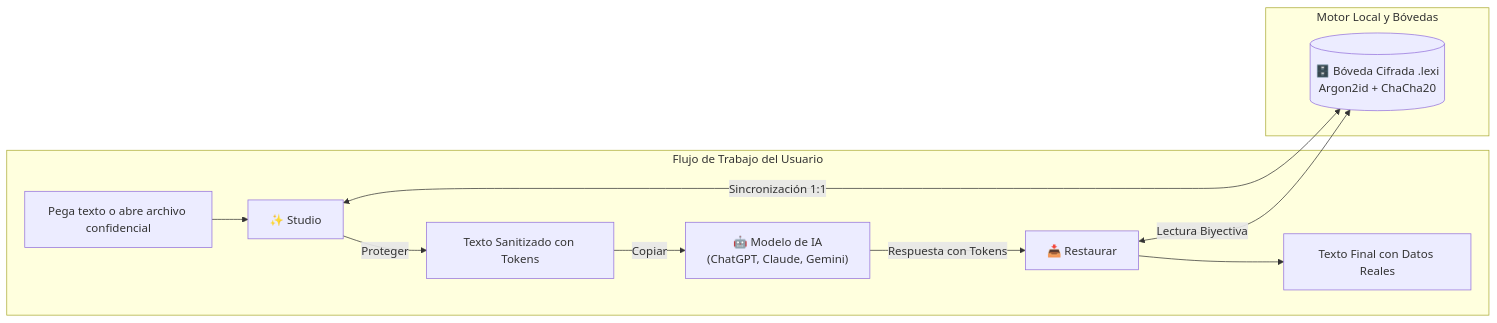
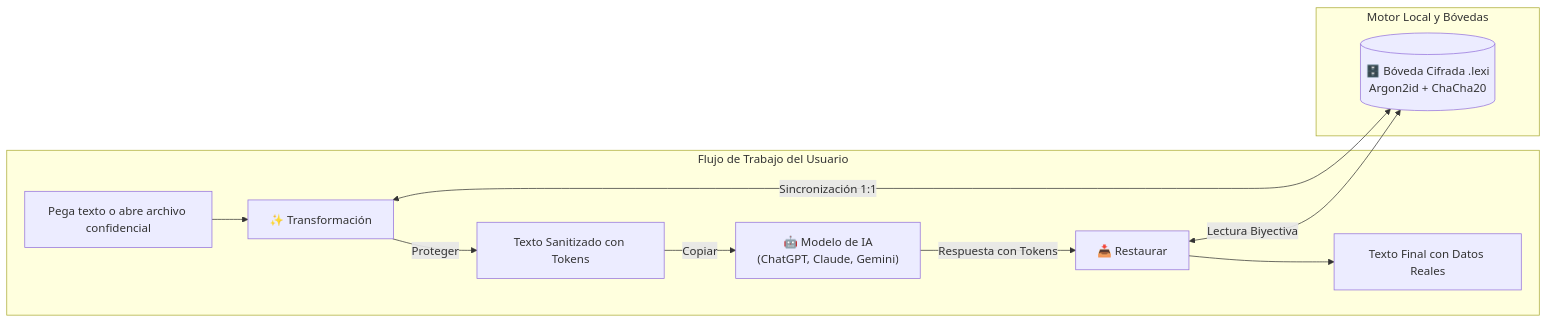
One commit to olorinj/lexishield changed the second of 2 diagrams in README.md. Above: the diagram before and after it, drawn with Mermaid. The commit also changed other lines of this file and 2 other files, not shown here.

````diff
--- a/README.md
+++ b/README.md
@@ -67,15 +67,15 @@
 ```mermaid
 flowchart LR
     subgraph Usuario["Flujo de Trabajo del Usuario"]
-        U1["Pega texto o abre archivo confidencial"] --> S["✨ Studio"]
+        U1["Pega texto o abre archivo confidencial"] --> S["✨ Transformación"]
         S -->|Proteger| O["Texto Sanitizado con Tokens"]
         O -->|Copiar| AI["🤖 Modelo de IA\n(ChatGPT, Claude, Gemini)"]
         AI -->|Respuesta con Tokens| D["📥 Restaurar"]
         D --> R["Texto Final con Datos Reales"]
     end
 
     subgraph Seguridad["Motor Local y Bóvedas"]
         S <-->|Sincronización 1:1| V[("🗄️ Bóveda Cifrada .lexi\nArgon2id + ChaCha20")]
         D <-->|Lectura Biyectiva| V
     end
 ```
````
